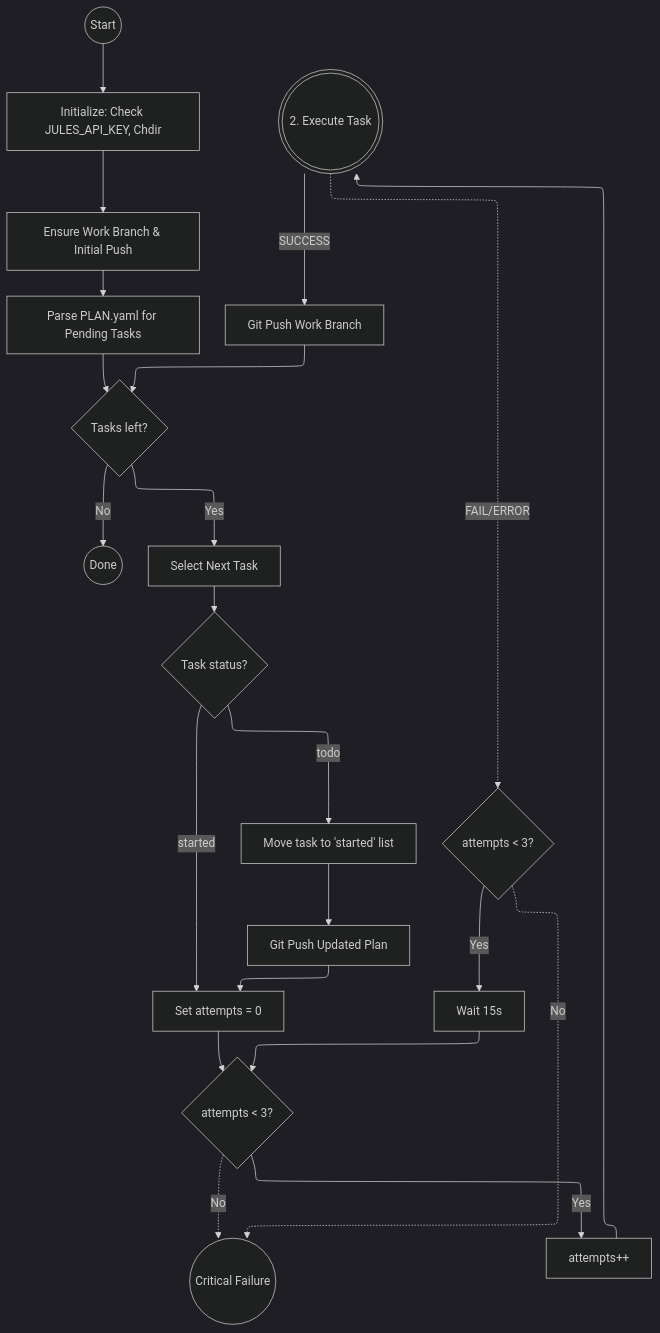
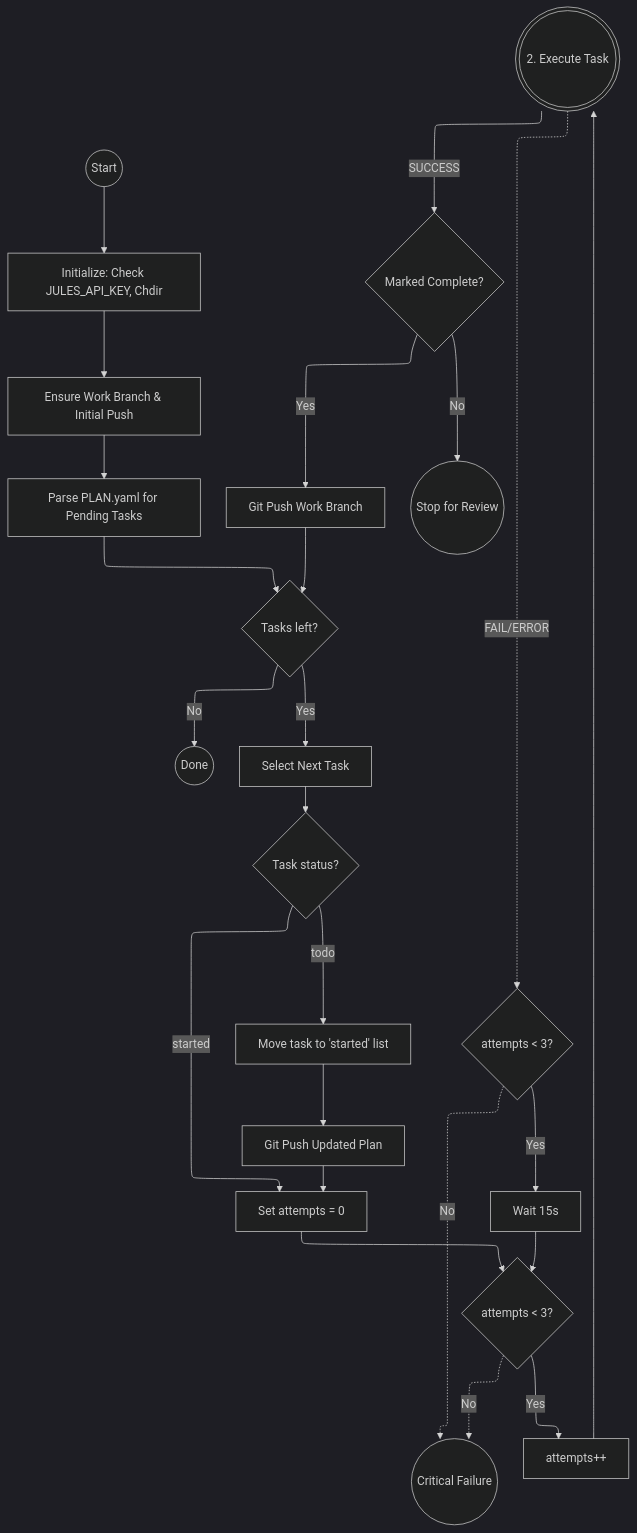
Before and after one commit to JonathanHarford/verne_durand: the first of 2 diagrams in README.md, drawn with Mermaid (dark theme). The commit also changed other lines of this file and 4 other files, not shown here.

First line of the commit message:
Implement tool-based task completion flow

````diff
--- a/README.md
+++ b/README.md
@@ -47,39 +47,43 @@
 ```mermaid
 ---
 config:
   layout: elk
 ---
 flowchart TD
     Start((Start)) --> Init[Initialize: Check JULES_API_KEY, Chdir]
     Init --> Ensure[Ensure Work Branch & Initial Push]
     Ensure --> ParsePlan[Parse PLAN.yaml for Pending Tasks]
     ParsePlan --> HasTasks{Tasks left?}
     
     HasTasks -- No --> Done((Done))
     
     HasTasks -- Yes --> GetNextTask[Select Next Task]
     GetNextTask --> CheckStatus{Task status?}
     
     CheckStatus -- todo --> MoveToStarted[Move task to 'started' list]
     MoveToStarted --> PushPlan[Git Push Updated Plan]
     PushPlan --> InitRetry
     
     CheckStatus -- started --> InitRetry[Set attempts = 0]
     InitRetry --> RetryLoop{attempts < 3?}
     
     RetryLoop -. No .-> CritFail((Critical Failure))
     
     RetryLoop -->|Yes| IncAttempts[attempts++]
     
     IncAttempts --> Execution(((2. Execute Task)))
     
-    Execution -->|SUCCESS| Push[Git Push Work Branch]
+    Execution -->|SUCCESS| Verify{Marked Complete?}
+    
+    Verify -- Yes --> Push[Git Push Work Branch]
     Push --> HasTasks
+    
+    Verify -- No --> Pause((Stop for Review))
     
     Execution -. FAIL/ERROR .-> CheckRetry{attempts < 3?}
 
     CheckRetry -->|Yes| RetryWait[Wait 15s]
     RetryWait --> RetryLoop
 
     CheckRetry -. No .-> CritFail
 ```
````
